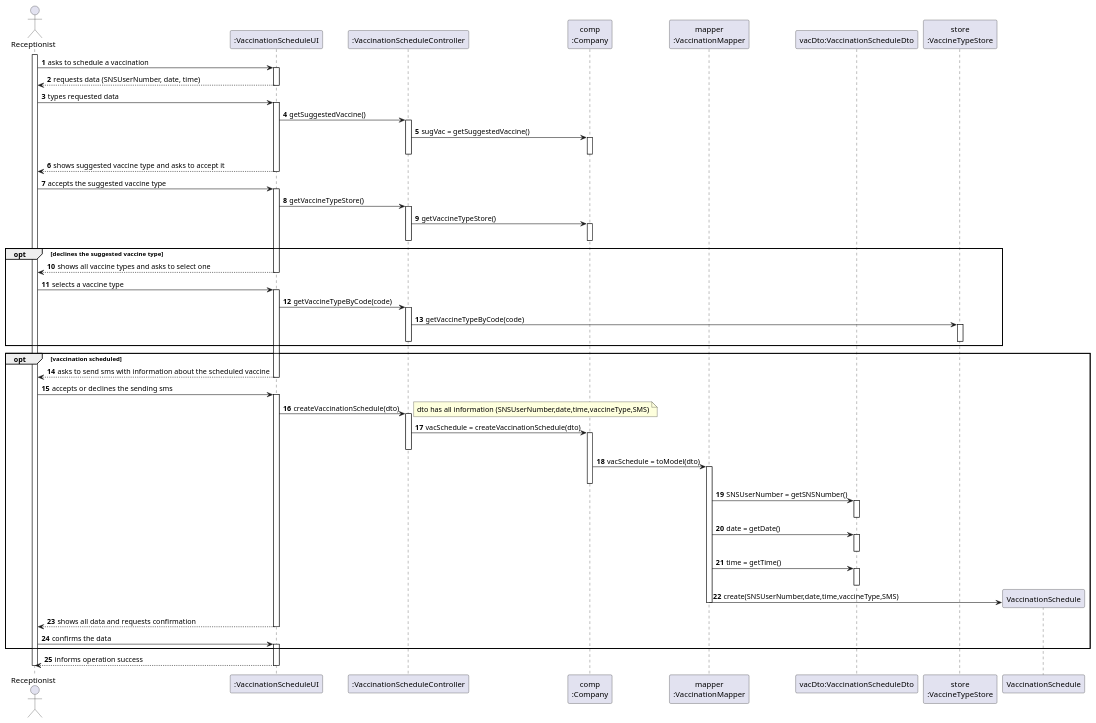
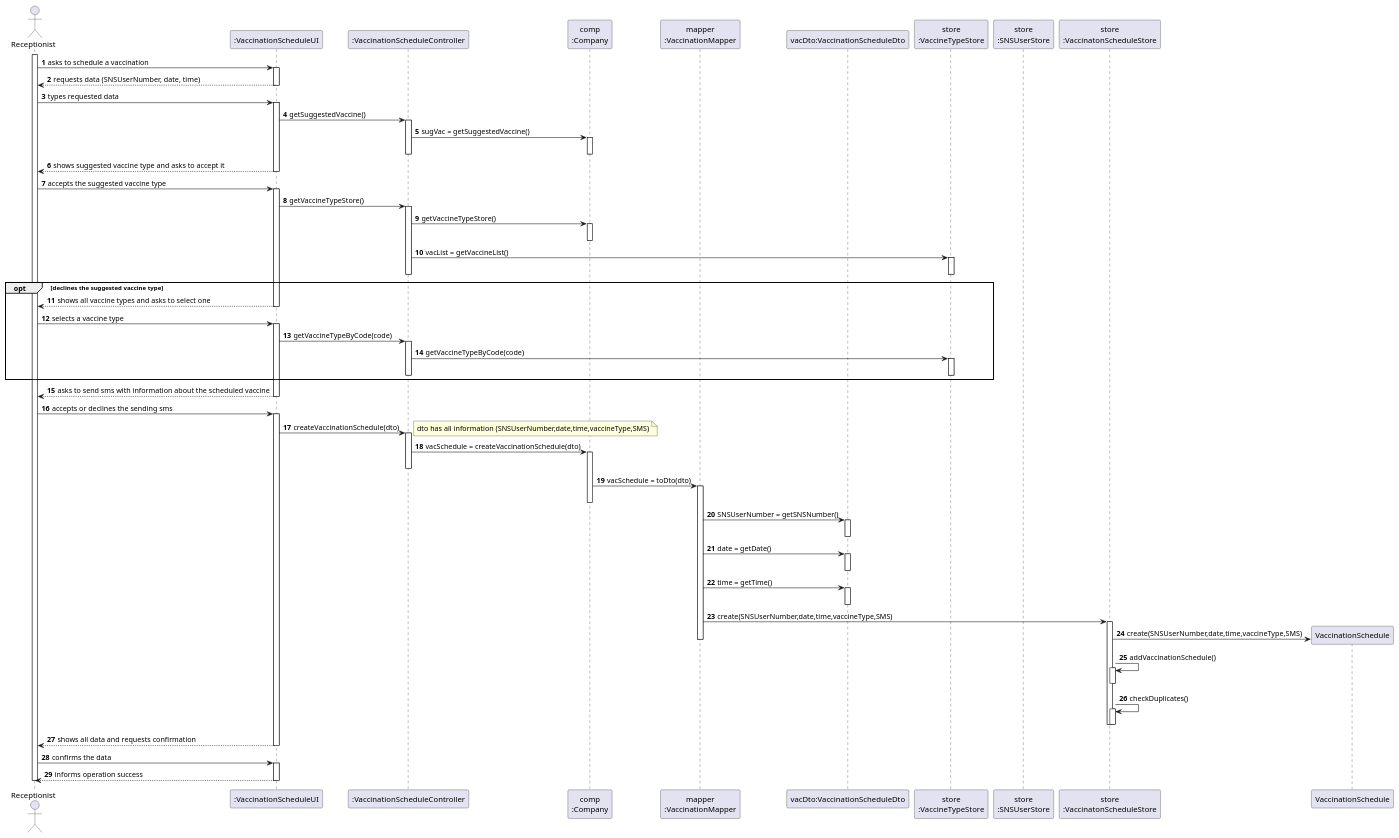
Before and after one commit to miseEnPlace-i/lapr2: the diagram in docs/SprintC/US02/SD/US02_SD.puml, drawn with PlantUML.

Commit message:
docs(US02): updated SD (added new stores, removed opt)

```diff
--- a/docs/SprintC/US02/SD/US02_SD.puml
+++ b/docs/SprintC/US02/SD/US02_SD.puml
@@ -1,109 +1,126 @@
 @startuml US02_SD
 autonumber
 'hide footbox
 actor "Receptionist" as RECEPT
 
 participant ":VaccinationScheduleUI" as UI
 participant ":VaccinationScheduleController" as CTRL
 participant "comp\n:Company" as COMP
 participant "mapper\n:VaccinationMapper" as MAPPER
 participant "vacDto:VaccinationScheduleDto" as DTO
-participant "store\n:VaccineTypeStore" as STORE
+participant "store\n:VaccineTypeStore" as VACSTORE
+participant "store\n:SNSUserStore" as SNSSTORE
+participant "store\n:VaccinatonScheduleStore" as SCHESTORE
 
 activate RECEPT
 RECEPT -> UI : asks to schedule a vaccination
 activate UI
 
 UI --> RECEPT : requests data (SNSUserNumber, date, time)
 deactivate UI
 
 RECEPT -> UI : types requested data
 activate UI
 
 UI -> CTRL : getSuggestedVaccine()
 activate CTRL
 
 CTRL -> COMP : sugVac = getSuggestedVaccine()
 activate COMP
 deactivate CTRL
 deactivate COMP
 
 UI --> RECEPT : shows suggested vaccine type and asks to accept it
 deactivate UI
 
 RECEPT -> UI : accepts the suggested vaccine type
 activate UI
 
 UI -> CTRL : getVaccineTypeStore()
 activate CTRL
 
 CTRL -> COMP : getVaccineTypeStore()
 activate COMP
 deactivate COMP
+
+CTRL -> VACSTORE : vacList = getVaccineList()
+activate VACSTORE
+deactivate VACSTORE
 deactivate CTRL
 
 
 opt declines the suggested vaccine type
 UI --> RECEPT : shows all vaccine types and asks to select one
 deactivate UI
 
 RECEPT -> UI : selects a vaccine type
 activate UI
 
 UI -> CTRL : getVaccineTypeByCode(code)
 activate CTRL
 
-CTRL -> STORE : getVaccineTypeByCode(code)
-activate STORE
-deactivate STORE
+CTRL -> VACSTORE : getVaccineTypeByCode(code)
+activate VACSTORE
+deactivate VACSTORE
 deactivate CTRL
 end
 
-opt vaccination scheduled 
 UI --> RECEPT : asks to send sms with information about the scheduled vaccine
 deactivate UI
 RECEPT -> UI : accepts or declines the sending sms
 activate UI
 
 UI -> CTRL : createVaccinationSchedule(dto)
 activate CTRL
 
 note right 
 dto has all information (SNSUserNumber,date,time,vaccineType,SMS)
 end note
 CTRL -> COMP : vacSchedule = createVaccinationSchedule(dto)
 activate COMP
 deactivate CTRL
 
-COMP -> MAPPER : vacSchedule = toModel(dto)
+COMP -> MAPPER : vacSchedule = toDto(dto)
 activate MAPPER
 deactivate COMP
 
 MAPPER -> DTO : SNSUserNumber = getSNSNumber()
 activate DTO
 deactivate DTO
 
 MAPPER -> DTO : date = getDate()
 activate DTO
 deactivate DTO
 
 MAPPER -> DTO : time = getTime()
 activate DTO
 deactivate DTO
 deactivate CTRL
 
-MAPPER -> VaccinationSchedule** : create(SNSUserNumber,date,time,vaccineType,SMS)
+MAPPER -> SCHESTORE : create(SNSUserNumber,date,time,vaccineType,SMS)
+activate SCHESTORE
+
+SCHESTORE -> VaccinationSchedule** : create(SNSUserNumber,date,time,vaccineType,SMS)
 deactivate MAPPER
+
+SCHESTORE -> SCHESTORE : addVaccinationSchedule()
+activate SCHESTORE
+deactivate SCHESTORE
+
+SCHESTORE -> SCHESTORE : checkDuplicates()
+activate SCHESTORE
+deactivate SCHESTORE
+deactivate SCHESTORE
 
 UI --> RECEPT : shows all data and requests confirmation
 deactivate UI
 RECEPT -> UI : confirms the data
 activate UI
-end
+
 
 UI --> RECEPT : informs operation success
 deactivate UI
 
 deactivate RECEPT
 
 @enduml
```
